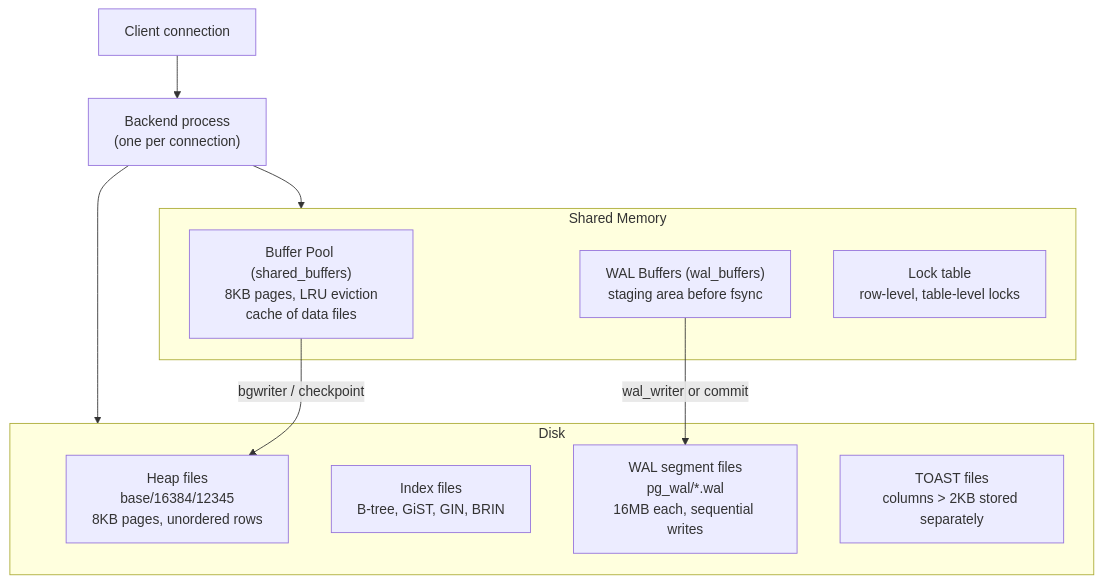
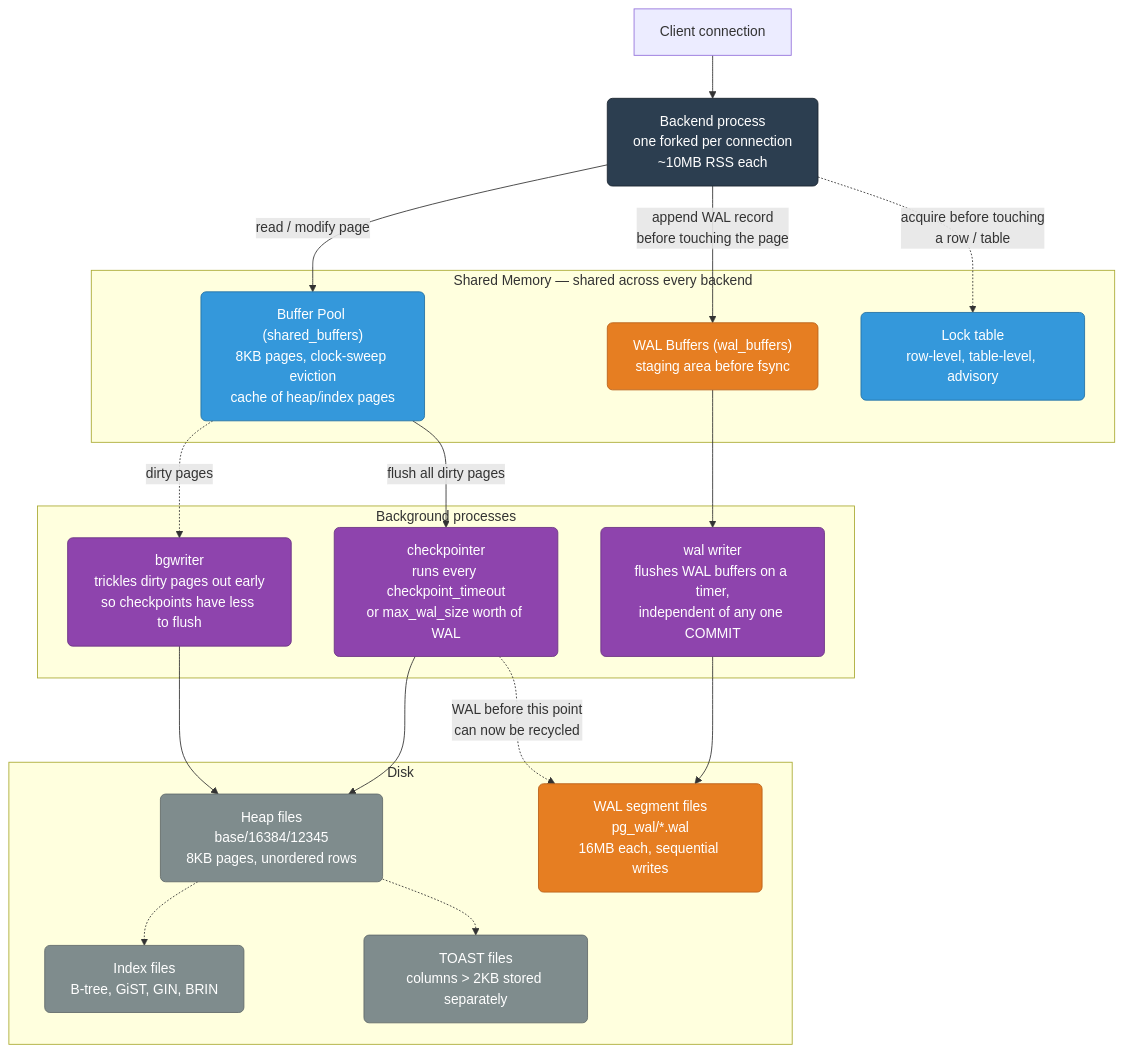
One commit to deepanshu-rawat6/DevOpsIndex changed the first of 11 diagrams in databases/postgres-internals.md. Above: the diagram before and after it, drawn with Mermaid. The commit also changed other lines of this file and 7 other files, not shown here.

````diff
--- a/databases/postgres-internals.md
+++ b/databases/postgres-internals.md
@@ -5,19 +14,41 @@
 ```mermaid
 graph TD
-    CLIENT["Client connection"] --> PROC["Backend process<br>(one per connection)"]
-    PROC --> SHMEM["Shared Memory"]
-    subgraph SHMEM["Shared Memory"]
-        BP["Buffer Pool (shared_buffers)<br>8KB pages, LRU eviction<br>cache of data files"]
-        WAL_BUF["WAL Buffers (wal_buffers)<br>staging area before fsync"]
-        LOCK["Lock table<br>row-level, table-level locks"]
+    classDef proc fill:#2c3e50,stroke:#1a252f,color:#fff,rx:6
+    classDef mem fill:#3498db,stroke:#2471a3,color:#fff,rx:6
+    classDef wal fill:#e67e22,stroke:#ba6018,color:#fff,rx:6
+    classDef disk fill:#7f8c8d,stroke:#616a6b,color:#fff,rx:6
+    classDef bg fill:#8e44ad,stroke:#6c3483,color:#fff,rx:6
+
+    CLIENT["Client connection"] --> PROC["Backend process<br/>one forked per connection<br/>~10MB RSS each"]:::proc
+
+    subgraph SHMEM["Shared Memory — shared across every backend"]
+        BP["Buffer Pool (shared_buffers)<br/>8KB pages, clock-sweep eviction<br/>cache of heap/index pages"]:::mem
+        WAL_BUF["WAL Buffers (wal_buffers)<br/>staging area before fsync"]:::wal
+        LOCK["Lock table<br/>row-level, table-level, advisory"]:::mem
     end
-    PROC --> DISK
+
+    PROC -->|"read / modify page"| BP
+    PROC -->|"append WAL record<br/>before touching the page"| WAL_BUF
+    PROC -.->|"acquire before touching<br/>a row / table"| LOCK
+
+    subgraph BGPROC["Background processes"]
+        BGWRITER["bgwriter<br/>trickles dirty pages out early<br/>so checkpoints have less to flush"]:::bg
+        CHECKPOINTER["checkpointer<br/>runs every checkpoint_timeout<br/>or max_wal_size worth of WAL"]:::bg
+        WALWRITER["wal writer<br/>flushes WAL buffers on a timer,<br/>independent of any one COMMIT"]:::bg
+    end
+
+    BP -.->|"dirty pages"| BGWRITER --> HEAP
+    BP -->|"flush all dirty pages"| CHECKPOINTER --> HEAP
+    WAL_BUF --> WALWRITER --> WAL_FILES
+
     subgraph DISK["Disk"]
-        HEAP["Heap files<br>base/16384/12345<br>8KB pages, unordered rows"]
-        IDX["Index files<br>B-tree, GiST, GIN, BRIN"]
-        WAL_FILES["WAL segment files<br>pg_wal/*.wal<br>16MB each, sequential writes"]
-        TOAST["TOAST files<br>columns > 2KB stored separately"]
+        HEAP["Heap files<br/>base/16384/12345<br/>8KB pages, unordered rows"]:::disk
+        IDX["Index files<br/>B-tree, GiST, GIN, BRIN"]:::disk
+        WAL_FILES["WAL segment files<br/>pg_wal/*.wal<br/>16MB each, sequential writes"]:::wal
+        TOAST["TOAST files<br/>columns > 2KB stored separately"]:::disk
     end
-    WAL_BUF -->|"wal_writer or commit"| WAL_FILES
-    BP -->|"bgwriter / checkpoint"| HEAP
+
+    CHECKPOINTER -.->|"WAL before this point<br/>can now be recycled"| WAL_FILES
+    HEAP -.-> IDX
+    HEAP -.-> TOAST
 ```
````
